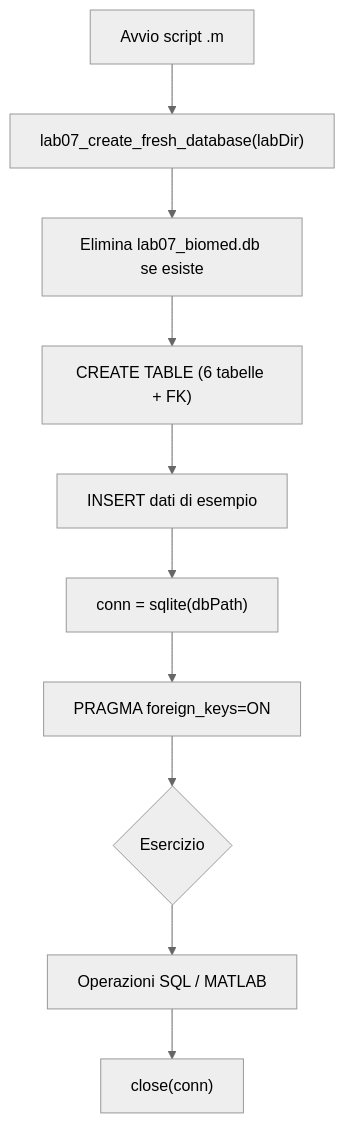
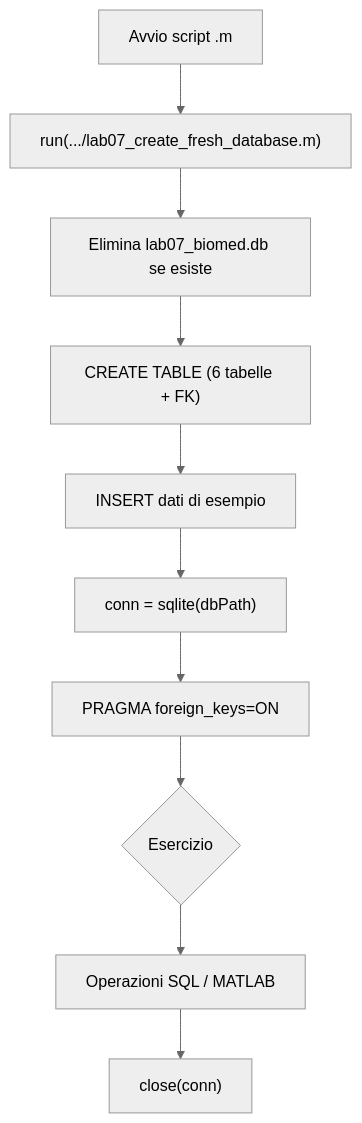
Before and after one commit to lucadagati/Lab_Fondamenti_di_Informatica_25_26: the second of 6 diagrams in 07-matlab-sqlite-database/README.md, drawn with Mermaid (neutral theme). The commit also changed other lines of this file and 13 other files, not shown here.

First line of the commit message:
Lab 07: convert DB init to script-only flow and fix inserts

````diff
--- a/07-matlab-sqlite-database/README.md
+++ b/07-matlab-sqlite-database/README.md
@@ -225,12 +225,12 @@
 ```mermaid
 flowchart TD
-    A[Avvio script .m] --> B["lab07_create_fresh_database(labDir)"]
+    A[Avvio script .m] --> B["run(.../lab07_create_fresh_database.m)"]
     B --> C["Elimina lab07_biomed.db se esiste"]
     C --> D["CREATE TABLE (6 tabelle + FK)"]
     D --> E["INSERT dati di esempio"]
     E --> F["conn = sqlite(dbPath)"]
     F --> F2["PRAGMA foreign_keys=ON"]
     F2 --> G{Esercizio}
     G --> H["Operazioni SQL / MATLAB"]
     H --> I["close(conn)"]
 ```
````
